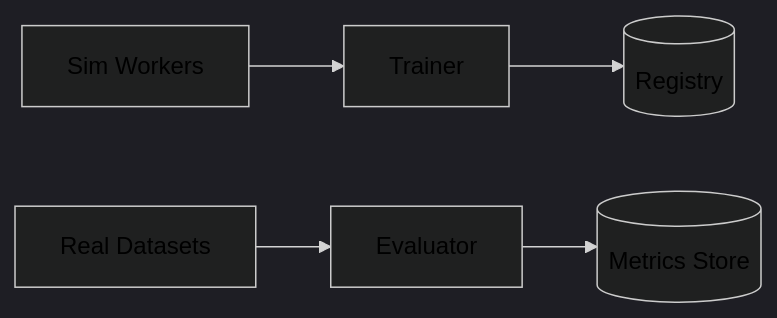
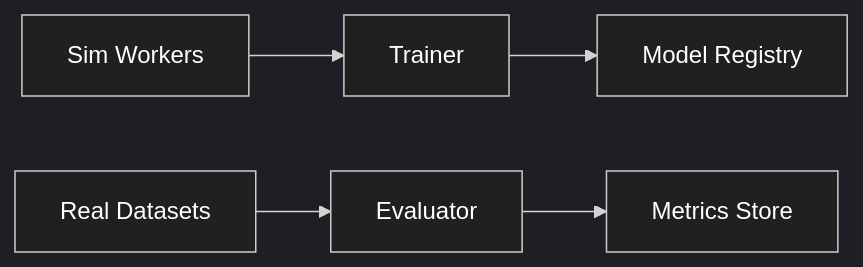
One commit to aurelius-in/RoboCaps changed the second of 4 diagrams in architecture/system_C_Sim2Real/architecture_diagrams.md. Above: the diagram before and after it, drawn with Mermaid. The commit also changed 3 other files, not shown here.

Commit message:
fix(mermaid): make diagrams GitHub-compatible (labels, theme, font)

````diff
--- a/architecture/system_C_Sim2Real/architecture_diagrams.md
+++ b/architecture/system_C_Sim2Real/architecture_diagrams.md
@@ -19,8 +19,8 @@
 ```mermaid
-%%{init: { 'theme': 'dark', 'themeVariables': { 'background':'#000', 'primaryTextColor':'#FFF', 'textColor':'FFF', 'fontSize':'16px' }}}%%
+%%{init: { 'theme': 'dark', 'themeVariables': { 'background':'#000', 'primaryTextColor':'#FFF', 'textColor':'#FFF', 'fontSize':'16px' }}}%%
 flowchart LR
   SIM[Sim Workers]-->TRAIN[Trainer]
   REAL[Real Datasets]-->EVAL[Evaluator]
-  TRAIN-->REG[(Registry)]
-  EVAL-->MET[(Metrics Store)]
+  TRAIN-->REG[Model Registry]
+  EVAL-->MET[Metrics Store]
 ```
````
